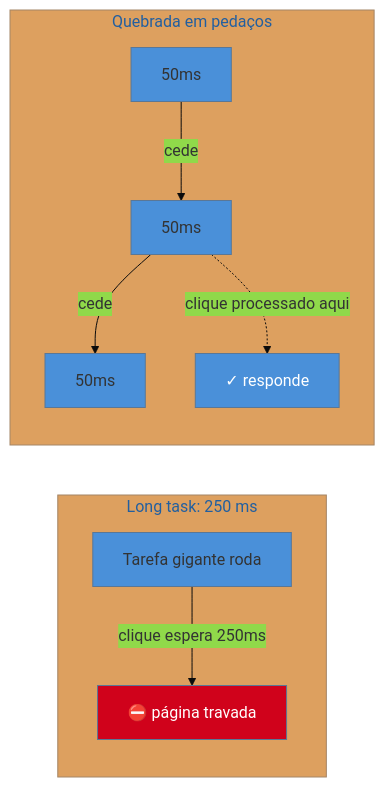
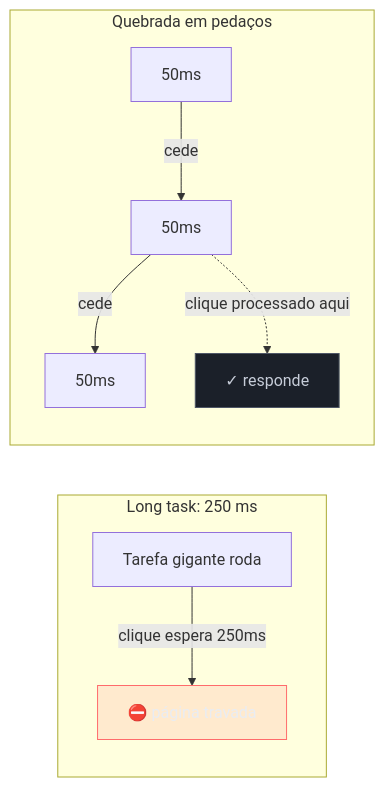
The diagram in 03-Dominios/Tecnologia/Web Performance/Performance de Runtime e Rendering/02 - Long tasks e o custo do JavaScript.md (josenaldo/codex-technomanticus), drawn with Mermaid before and after one commit. The commit also changed 1181 other files, not shown here.

First line of the commit message:
fix(diagramas): paleta do sistema no lugar de cor cravada no markdown

````diff
--- a/03-Dominios/Tecnologia/Web Performance/Performance de Runtime e Rendering/02 - Long tasks e o custo do JavaScript.md
+++ b/03-Dominios/Tecnologia/Web Performance/Performance de Runtime e Rendering/02 - Long tasks e o custo do JavaScript.md
@@ -31,13 +31,14 @@
 ```mermaid
-%%{init: {"theme": "base", "themeVariables": {"primaryColor": "#4A90D9"}}}%%
 graph LR
+    classDef falha fill:#FF6B6B24,stroke:#FF6B6B,color:#E9ECF2
+    classDef neutro fill:#1B2029,stroke:#4E5666,color:#C6CCD8
     subgraph BAD["Long task: 250 ms"]
         A[Tarefa gigante roda] -->|clique espera 250ms| B[⛔ página travada]
     end
     subgraph GOOD["Quebrada em pedaços"]
         C[50ms] -->|cede| D[50ms] -->|cede| E[50ms]
         D -.clique processado aqui.-> F[✓ responde]
     end
-    style B fill:#D0021B,color:#fff
-    style F fill:#4A90D9,color:#fff
+    class B falha
+    class F neutro
 ```
````
